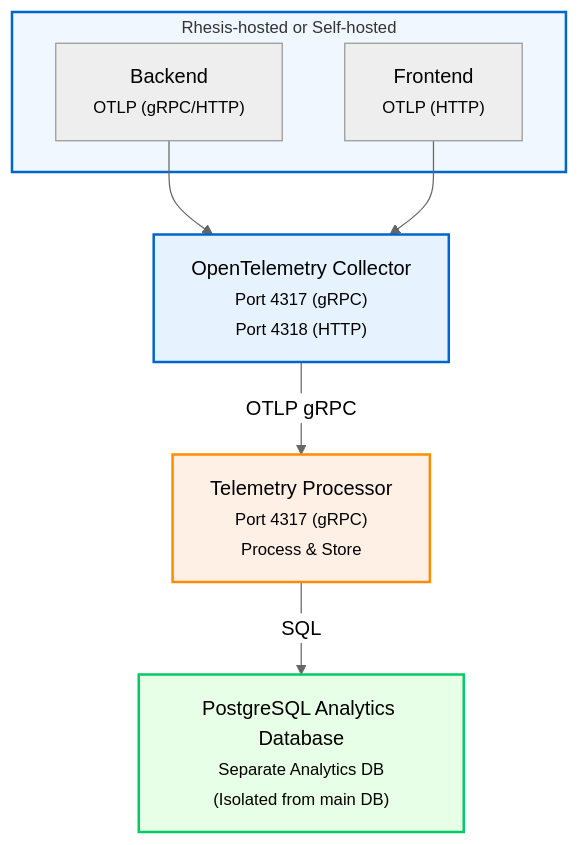
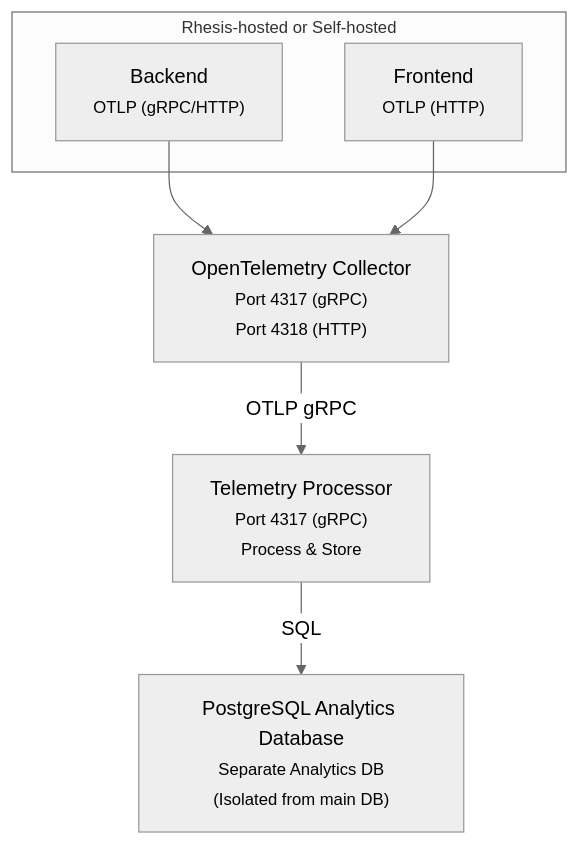
The diagram in docs/content/development/telemetry/index.mdx (rhesis-ai/rhesis), drawn with Mermaid (neutral theme) before and after one commit. The commit also changed 2 other files, not shown here.

Commit message:
docs: update diagrams to use theme-aware styling
- Add Mermaid diagram to core concepts workflow
- Remove inline Mermaid styles (now handled by CSS)
- Fix typo in concepts guide

````diff
--- a/docs/content/development/telemetry/index.mdx
+++ b/docs/content/development/telemetry/index.mdx
@@ -28,23 +28,18 @@
 ```mermaid
 graph TD
     subgraph instances["<small>Rhesis-hosted or Self-hosted</small>"]
         Backend["Backend<br/><small>OTLP (gRPC/HTTP)</small>"]
         Frontend["Frontend<br/><small>OTLP (HTTP)</small>"]
     end
     
     Collector["OpenTelemetry Collector<br/><small>Port 4317 (gRPC)<br/>Port 4318 (HTTP)</small>"]
     
     Processor["Telemetry Processor<br/><small>Port 4317 (gRPC)<br/>Process & Store</small>"]
     
     DB["PostgreSQL Analytics Database<br/><small>Separate Analytics DB<br/>(Isolated from main DB)</small>"]
     
     Backend --> Collector
     Frontend --> Collector
     Collector -->|OTLP gRPC| Processor
     Processor -->|SQL| DB
-    
-    style instances fill:#f0f7ff,stroke:#0066cc,stroke-width:2px
-    style Collector fill:#e6f3ff,stroke:#0066cc,stroke-width:2px
-    style Processor fill:#fff0e6,stroke:#ff8c00,stroke-width:2px
-    style DB fill:#e6ffe6,stroke:#00cc66,stroke-width:2px
 ```
````
